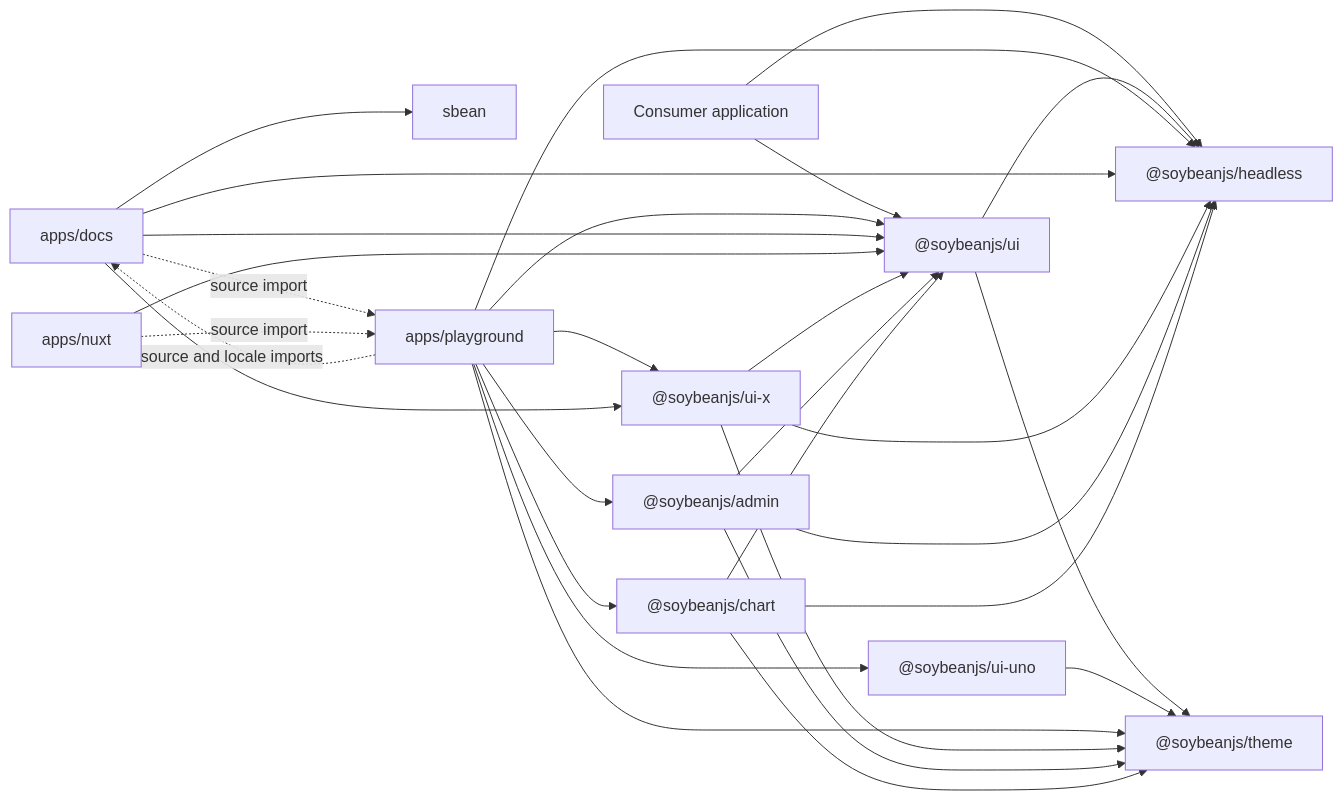
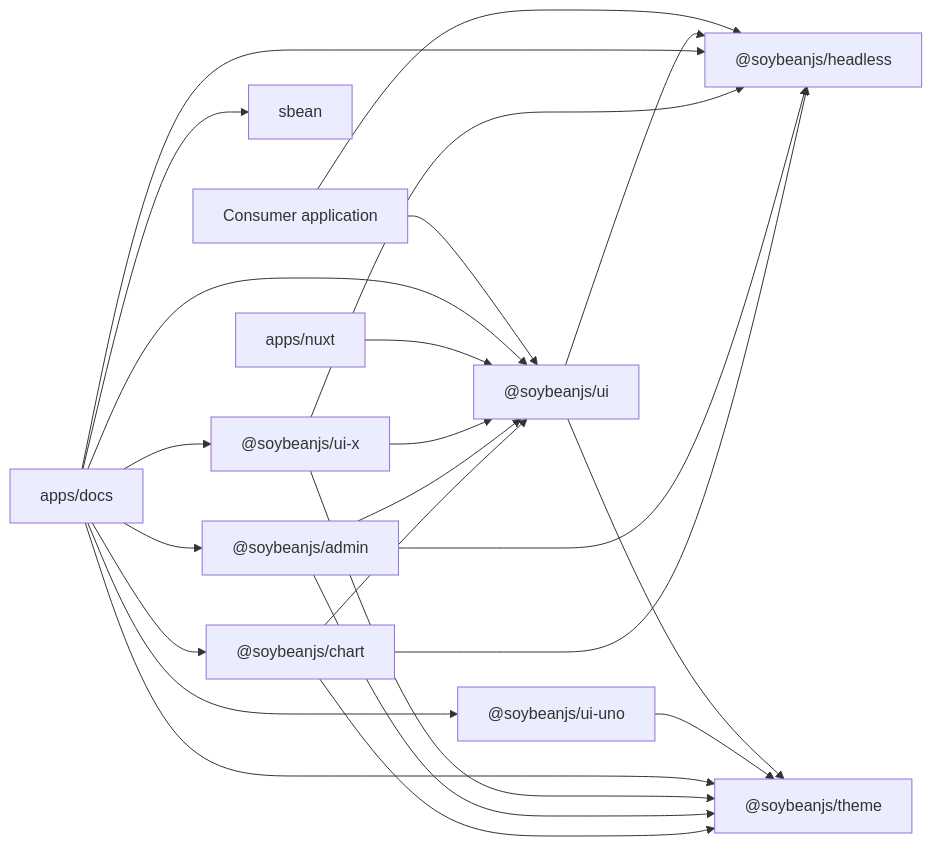
Before and after one commit to soybeanjs/soybean-ui: the first of 3 diagrams in docs/architecture.md, drawn with Mermaid. The commit also changed other lines of this file and 1571 other files, not shown here.

````diff
--- a/docs/architecture.md
+++ b/docs/architecture.md
@@ -102,46 +100,38 @@
 ```mermaid
 flowchart LR
   Consumer[Consumer application]
   Headless["@soybeanjs/headless"]
   UI["@soybeanjs/ui"]
   Theme["@soybeanjs/theme"]
   Uno["@soybeanjs/ui-uno"]
   Sbean["sbean"]
   UiX["@soybeanjs/ui-x"]
   Admin["@soybeanjs/admin"]
   Chart["@soybeanjs/chart"]
   Docs["apps/docs"]
-  Playground["apps/playground"]
   Nuxt["apps/nuxt"]
 
   Consumer --> UI
   Consumer --> Headless
   UI --> Headless
   UI --> Theme
   Uno --> Theme
-  Playground --> UI
-  Playground --> Headless
-  Playground --> Theme
-  Playground --> Uno
-  Playground --> UiX
-  Playground --> Admin
-  Playground --> Chart
   Docs --> UI
   Docs --> Headless
+  Docs --> Theme
+  Docs --> Uno
   Docs --> UiX
+  Docs --> Admin
+  Docs --> Chart
   Docs --> Sbean
   Nuxt --> UI
   UiX --> UI
   UiX --> Headless
   UiX --> Theme
   Admin --> UI
   Admin --> Headless
   Admin --> Theme
   Chart --> UI
   Chart --> Headless
   Chart --> Theme
-
-  Docs -. source import .-> Playground
-  Playground -. source and locale imports .-> Docs
-  Nuxt -. source import .-> Playground
 ```
````
